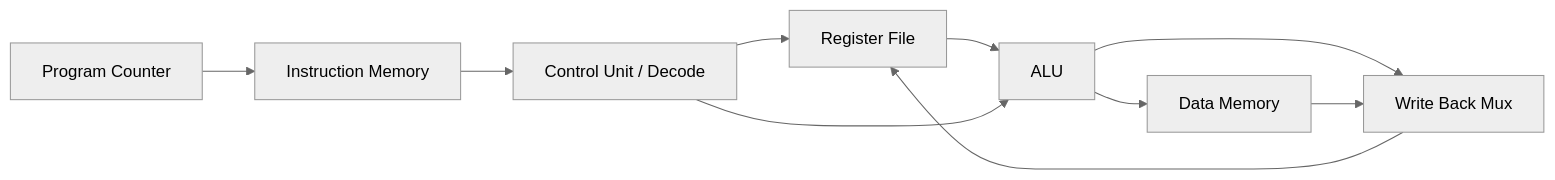
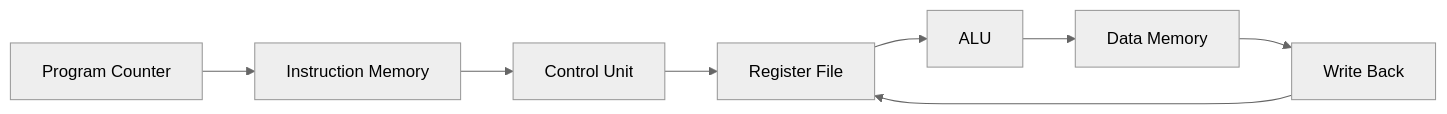
Before and after one commit to ShriShailesh-source/CAO_PROJECT_RISCV: the diagram in README.md, drawn with Mermaid (neutral theme). The commit also changed other lines of this file and 7 other files, not shown here.

````diff
--- a/README.md
+++ b/README.md
@@ -76,12 +97,10 @@
 ```mermaid
 flowchart LR
     PC[Program Counter] --> IMEM[Instruction Memory]
-    IMEM --> CU[Control Unit / Decode]
+    IMEM --> CU[Control Unit]
     CU --> RF[Register File]
     RF --> ALU[ALU]
-    CU --> ALU
     ALU --> DMEM[Data Memory]
-    ALU --> WB[Write Back Mux]
-    DMEM --> WB
+    DMEM --> WB[Write Back]
     WB --> RF
 ```
````
